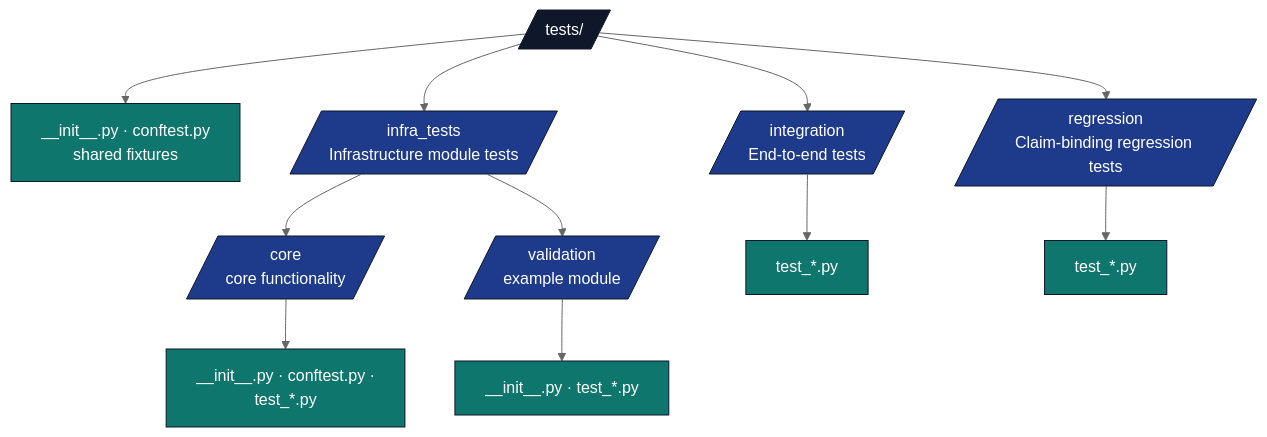
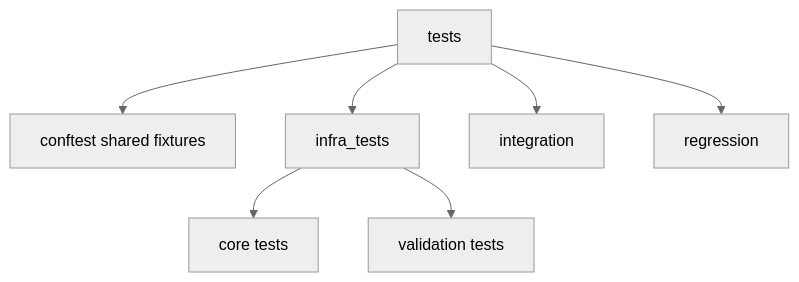
One commit to docxology/template changed the first of 2 diagrams in docs/rules/testing_standards.md. Above: the diagram before and after it, drawn with Mermaid (neutral theme). The commit also changed other lines of this file and 94 other files, not shown here.

````diff
--- a/docs/rules/testing_standards.md
+++ b/docs/rules/testing_standards.md
@@ -34,22 +34,10 @@
 ```mermaid
 flowchart TB
-    T[/tests//]
-    T --> META[__init__.py · conftest.py<br/>shared fixtures]
-    T --> INFRA[/infra_tests<br/>Infrastructure module tests/]
-    T --> INTEG[/integration<br/>End-to-end tests/]
-    T --> REG[/regression<br/>Claim-binding regression tests/]
-
-    INFRA --> CORE[/core<br/>core functionality/]
-    INFRA --> VAL[/validation<br/>example module/]
-    CORE --> CORE_F[__init__.py · conftest.py ·<br/>test_*.py]
-    VAL --> VAL_F[__init__.py · test_*.py]
-    INTEG --> INTEG_F[test_*.py]
-    REG --> REG_F[test_*.py]
-
-    classDef d fill:#0f172a,stroke:#0f172a,color:#fff
-    classDef pkg fill:#1e3a8a,stroke:#0f172a,color:#fff
-    classDef f fill:#0f766e,stroke:#0f172a,color:#fff
-    class T d
-    class INFRA,INTEG,REG,CORE,VAL pkg
-    class META,CORE_F,VAL_F,INTEG_F,REG_F f
+    T[tests]
+    T --> META[conftest shared fixtures]
+    T --> INFRA[infra_tests]
+    T --> INTEG[integration]
+    T --> REG[regression]
+    INFRA --> CORE[core tests]
+    INFRA --> VAL[validation tests]
 ```
````
